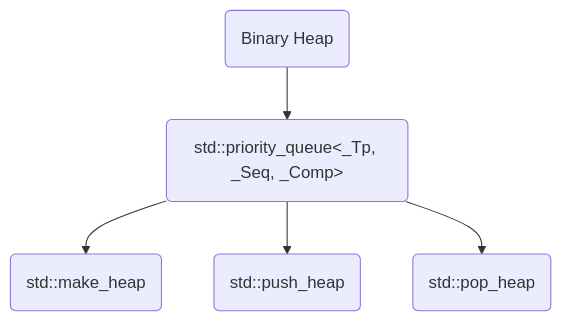
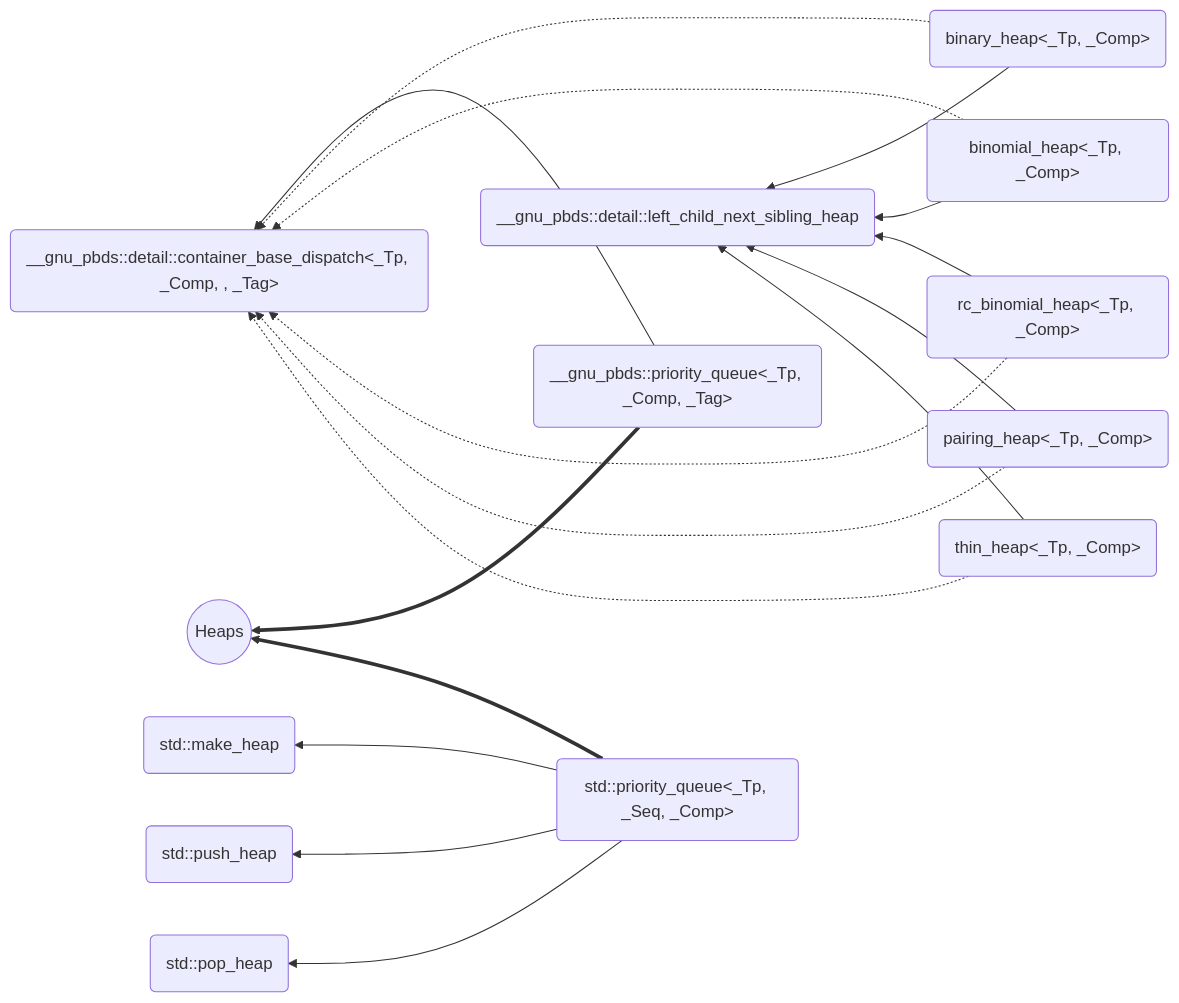
Before and after one commit to AsherJingkongChen/ds-assign4: the diagram in doc/priority_queue.md, drawn with Mermaid. The commit also changed 2 other files, not shown here.

Commit message:
Asher Chen commited at 2022-12-28_12-43-34

````diff
--- a/doc/priority_queue.md
+++ b/doc/priority_queue.md
@@ -3,16 +3,43 @@
 ```mermaid
-graph TD;
-binhp(Binary Heap);
+graph RL;
+heap((Heaps));
+gpq(__gnu_pbds::priority_queue<_Tp, _Comp, _Tag>);
 spq(std::priority_queue<_Tp, _Seq, _Comp>);
 make(std::make_heap);
 push(std::push_heap);
 pop(std::pop_heap);
+binhp(binary_heap<_Tp, _Comp>);
+bimhp(binomial_heap<_Tp, _Comp>);
+pahp(pairing_heap<_Tp, _Comp>);
+rbimhp(rc_binomial_heap<_Tp, _Comp>);
+thinhp(thin_heap<_Tp, _Comp>);
+gcbase(__gnu_pbds::detail::container_base_dispatch<_Tp, _Comp, , _Tag>);
+lcnsh(__gnu_pbds::detail::left_child_next_sibling_heap);
+
+gpq ==> heap;
+spq ==> heap;
+
+spq --> make;
+spq --> push;
+spq --> pop;
+
+gpq --> gcbase;
+binhp ..-> gcbase;
+binhp --> lcnsh;
+bimhp ..-> gcbase;
+bimhp --> lcnsh;
+rbimhp ..-> gcbase;
+rbimhp --> lcnsh;
+pahp ..-> gcbase;
+pahp --> lcnsh;
+thinhp ..-> gcbase;
+thinhp --> lcnsh;
+
 click spq "https://gcc.gnu.org/onlinedocs/gcc-12.2.0/libstdc++/api/a08762.html";
 click make "https://gcc.gnu.org/onlinedocs/gcc-12.2.0/libstdc++/api/a01614.html#ga2a685c934e85086e5ac372026e8064f6";
 click push "https://gcc.gnu.org/onlinedocs/gcc-12.2.0/libstdc++/api/a01614.html#ga0a57ba46981d46e0f3ebd4703d0ad18b";
 click pop "https://gcc.gnu.org/onlinedocs/gcc-12.2.0/libstdc++/api/a01614.html#gab628ce505c9574f8929a0fa49ed514b3";
-binhp --> spq;
-spq --> make;
-spq --> push;
-spq --> pop;
+click gpq "https://gcc.gnu.org/onlinedocs/gcc-12.2.0/libstdc++/api/a12902.html";
+click gcbase "https://gcc.gnu.org/onlinedocs/gcc-12.2.0/libstdc++/api/a13070.html";
+
 ```
````
